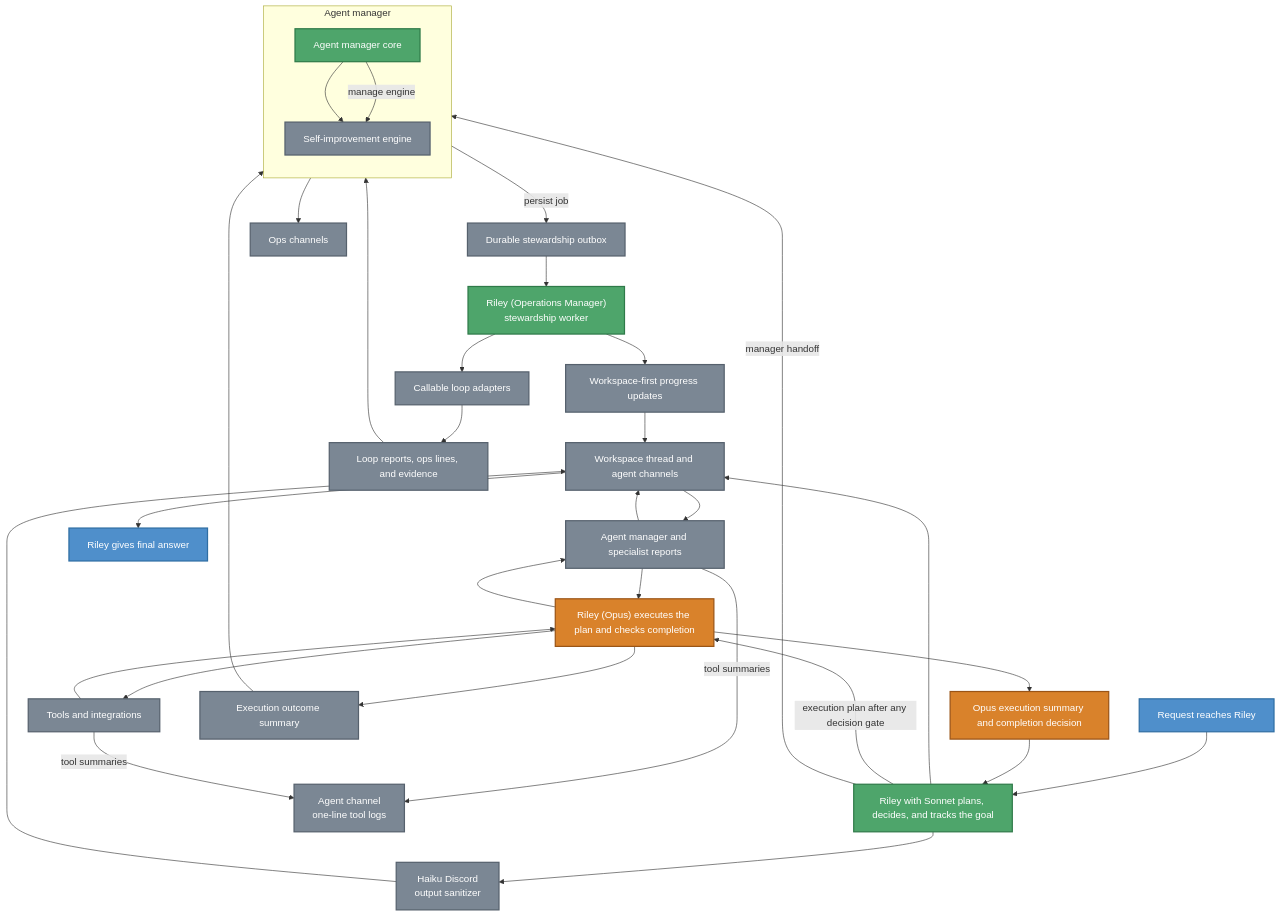
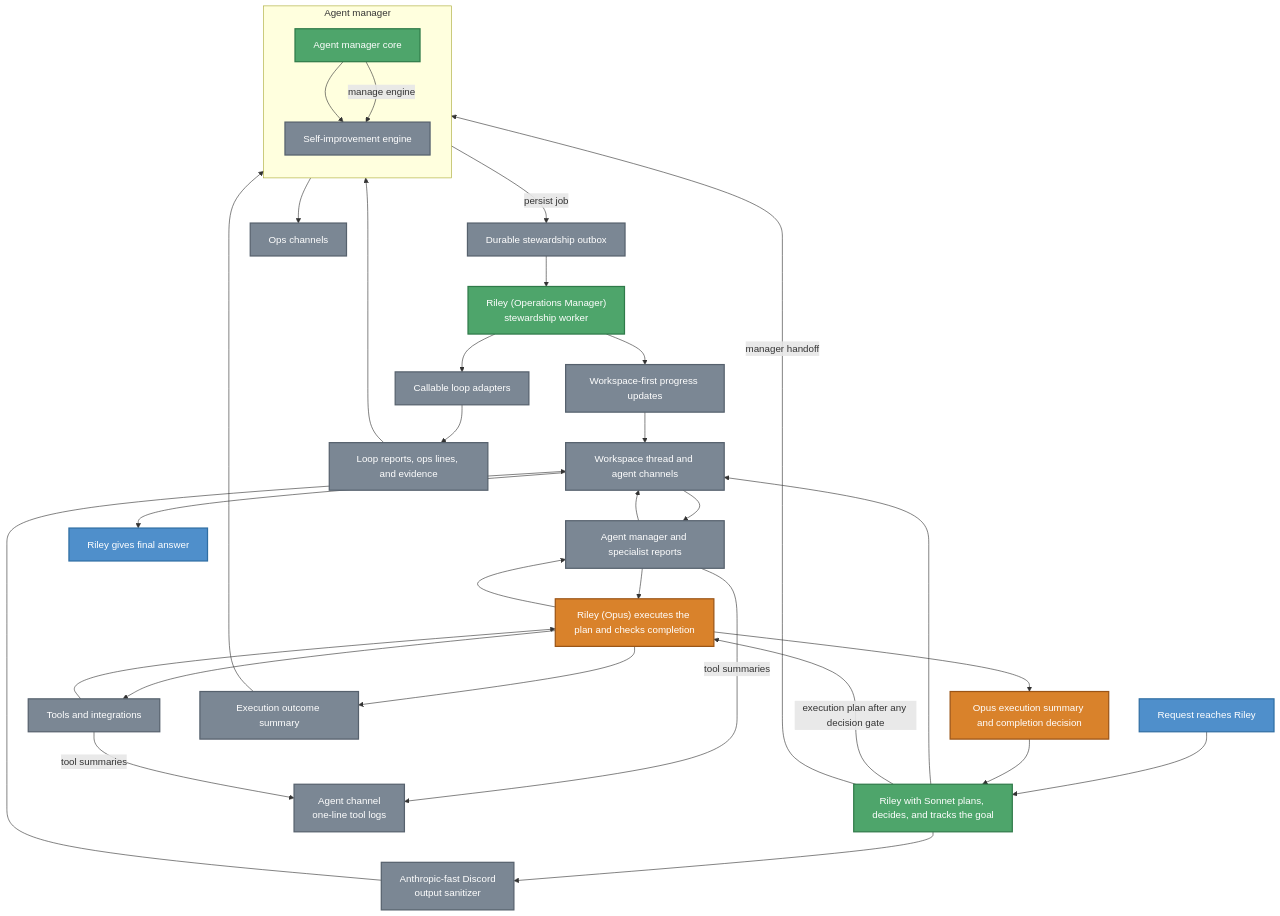
One commit to jflessenkemper/ASAP-discord changed the third of 4 diagrams in .github/ARCHITECTURE.md. Above: the diagram before and after it, drawn with Mermaid. The commit also changed other lines of this file and 9 other files, not shown here.

Commit message:
Fix Discord routing and update diagrams

````diff
--- a/.github/ARCHITECTURE.md
+++ b/.github/ARCHITECTURE.md
@@ -219,60 +220,60 @@
 ```mermaid
 flowchart TB
     Request[Request reaches Riley]
     Riley[Riley with Sonnet plans, decides, and tracks the goal]
     Workspace[Workspace thread and agent channels]
-    OutputSanitizer["Haiku Discord\noutput sanitizer"]
+    OutputSanitizer["Anthropic-fast Discord\noutput sanitizer"]
     ToolLogs["Agent channel\none-line tool logs"]
     Opus["Riley (Opus) executes the plan and checks completion"]
     Specialists[Agent manager and specialist reports]
     Tools[Tools and integrations]
     ExecutionOutcome[Execution outcome summary]
     StewardQueue[Durable stewardship outbox]
     OpsSteward["Riley (Operations Manager)\nstewardship worker"]
     LoopAdapters[Callable loop adapters]
     LoopReports[Loop reports, ops lines, and evidence]
     OpsChannels[Ops channels]
     WorkspaceUpdates[Workspace-first progress updates]
     OpusReturn["Opus execution summary and completion decision"]
     FinalAnswer[Riley gives final answer]
 
     subgraph AgentManager[Agent manager]
         direction TB
         AgentManagerCore[Agent manager core]
         SelfImproveEngine[Self-improvement engine]
         AgentManagerCore --> SelfImproveEngine
     end
 
     Request --> Riley
     Riley --> Workspace
     Riley -->|execution plan after any decision gate| Opus
     Riley -->|manager handoff| AgentManager
     Opus --> Specialists
     Specialists --> Workspace
     Workspace --> Specialists
     Specialists --> Opus
     Opus --> Tools --> Opus
     Specialists -->|tool summaries| ToolLogs
     Tools -->|tool summaries| ToolLogs
     Opus --> ExecutionOutcome --> AgentManagerCore
     AgentManagerCore -->|manage engine| SelfImproveEngine
     SelfImproveEngine -->|persist job| StewardQueue --> OpsSteward
     OpsSteward --> LoopAdapters --> LoopReports --> SelfImproveEngine
     SelfImproveEngine --> OpsChannels
     OpsSteward --> WorkspaceUpdates --> Workspace
     Opus --> OpusReturn
     OpusReturn --> Riley
     Riley --> OutputSanitizer --> Workspace
     Workspace --> FinalAnswer
 
     classDef user fill:#4f8fcb,stroke:#2f6ea3,color:#ffffff,stroke-width:2px;
     classDef riley fill:#4ea56b,stroke:#2f7a49,color:#ffffff,stroke-width:2px;
     classDef opus fill:#d9822b,stroke:#9a5416,color:#ffffff,stroke-width:2px;
     classDef surface fill:#7b8794,stroke:#56616d,color:#ffffff,stroke-width:2px;
 
     class Request,FinalAnswer user;
     class Riley,AgentManagerCore riley;
     class Opus,OpusReturn opus;
     class Workspace,OutputSanitizer,ToolLogs,Specialists,Tools,SelfImproveEngine,ExecutionOutcome,StewardQueue,LoopAdapters,LoopReports,OpsChannels,WorkspaceUpdates surface;
     class OpsSteward riley;
 ```
````
